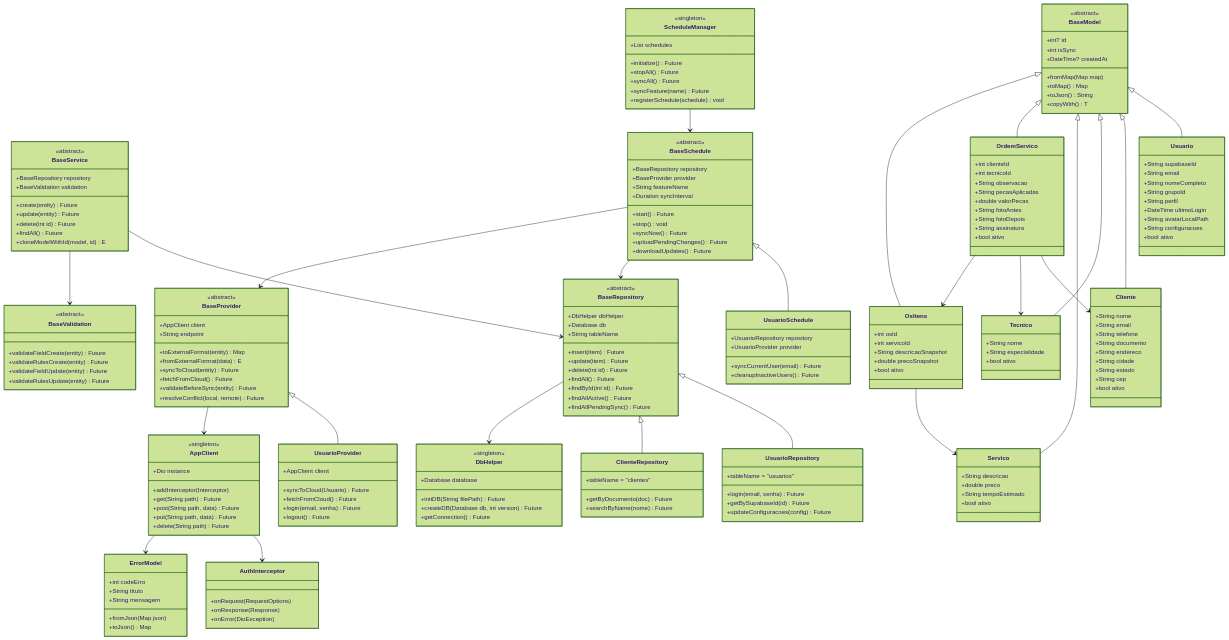
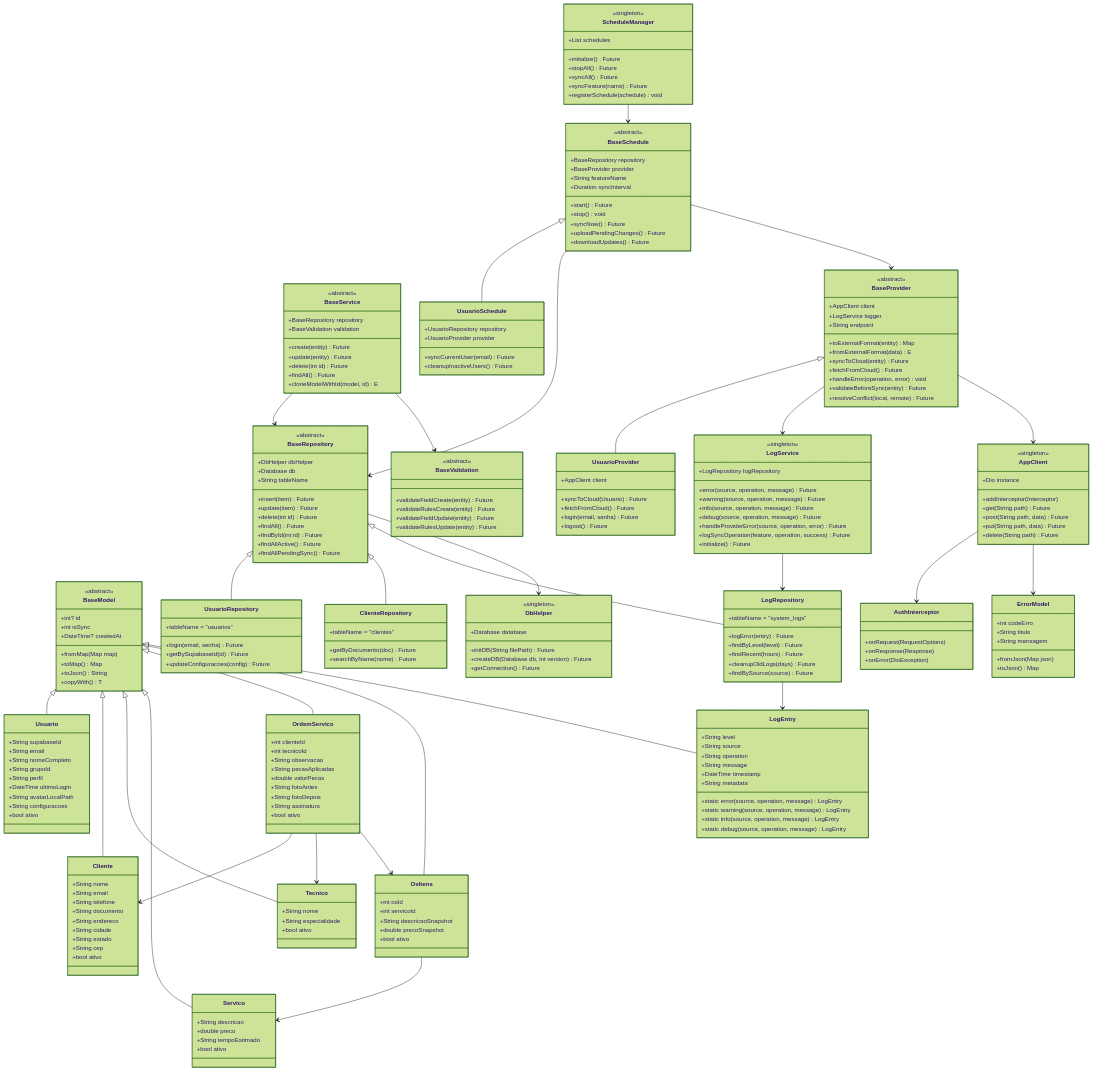
One commit to marquesclayton/ads5-20261-serviceflow changed the first of 2 diagrams in README.md. Above: the diagram before and after it, drawn with Mermaid (forest theme). The commit also changed other lines of this file and 8 other files, not shown here.

First line of the commit message:
Add centralized logging (LogService, Repo, Model)

```diff
--- a/README.md
+++ b/README.md
@@ -177,11 +185,13 @@
     class BaseProvider {
         <<abstract>>
         +AppClient client
+        +LogService logger
         +String endpoint
         +toExternalFormat(entity) Map
         +fromExternalFormat(data) E
         +syncToCloud(entity) Future
         +fetchFromCloud() Future
+        +handleError(operation, error) void
         +validateBeforeSync(entity) Future
         +resolveConflict(local, remote) Future
     }
@@ -225,6 +235,41 @@
         +syncAll() Future
         +syncFeature(name) Future
         +registerSchedule(schedule) void
+    }
+
+    %% Sistema de Logging Centralizado
+    class LogService {
+        <<singleton>>
+        +LogRepository logRepository
+        +error(source, operation, message) Future
+        +warning(source, operation, message) Future
+        +info(source, operation, message) Future
+        +debug(source, operation, message) Future
+        +handleProviderError(source, operation, error) Future
+        +logSyncOperation(feature, operation, success) Future
+        +initialize() Future
+    }
+
+    class LogRepository {
+        +tableName = "system_logs"
+        +logError(entry) Future
+        +findByLevel(level) Future
+        +findRecent(hours) Future
+        +cleanupOldLogs(days) Future
+        +findBySource(source) Future
+    }
+
+    class LogEntry {
+        +String level
+        +String source
+        +String operation
+        +String message
+        +DateTime timestamp
+        +String metadata
+        +static error(source, operation, message) LogEntry
+        +static warning(source, operation, message) LogEntry
+        +static info(source, operation, message) LogEntry
+        +static debug(source, operation, message) LogEntry
     }
 
     %% Provider Layer (API Communication)
@@ -339,6 +384,9 @@
     
     BaseRepository <|-- UsuarioRepository
     BaseRepository <|-- ClienteRepository
+    BaseRepository <|-- LogRepository
+    
+    BaseModel <|-- LogEntry
     
     BaseProvider <|-- UsuarioProvider
     
@@ -346,6 +394,11 @@
     
     BaseService --> BaseRepository
     BaseService --> BaseValidation
+    
+    %% Sistema de Logging
+    LogService --> LogRepository
+    LogRepository --> LogEntry
+    BaseProvider --> LogService
     
     %% Relacionamentos entre Entidades
     OrdemServico --> Cliente
```
